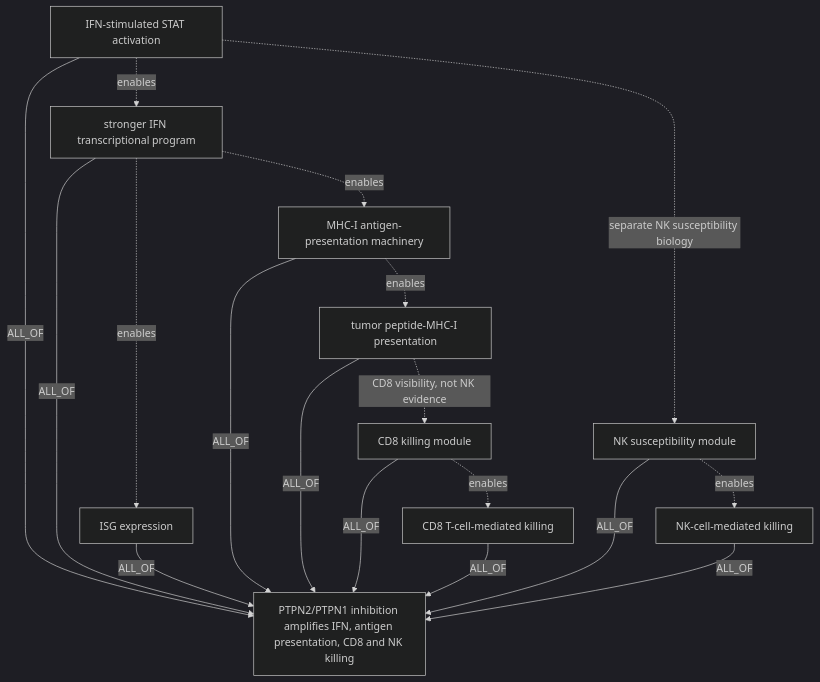
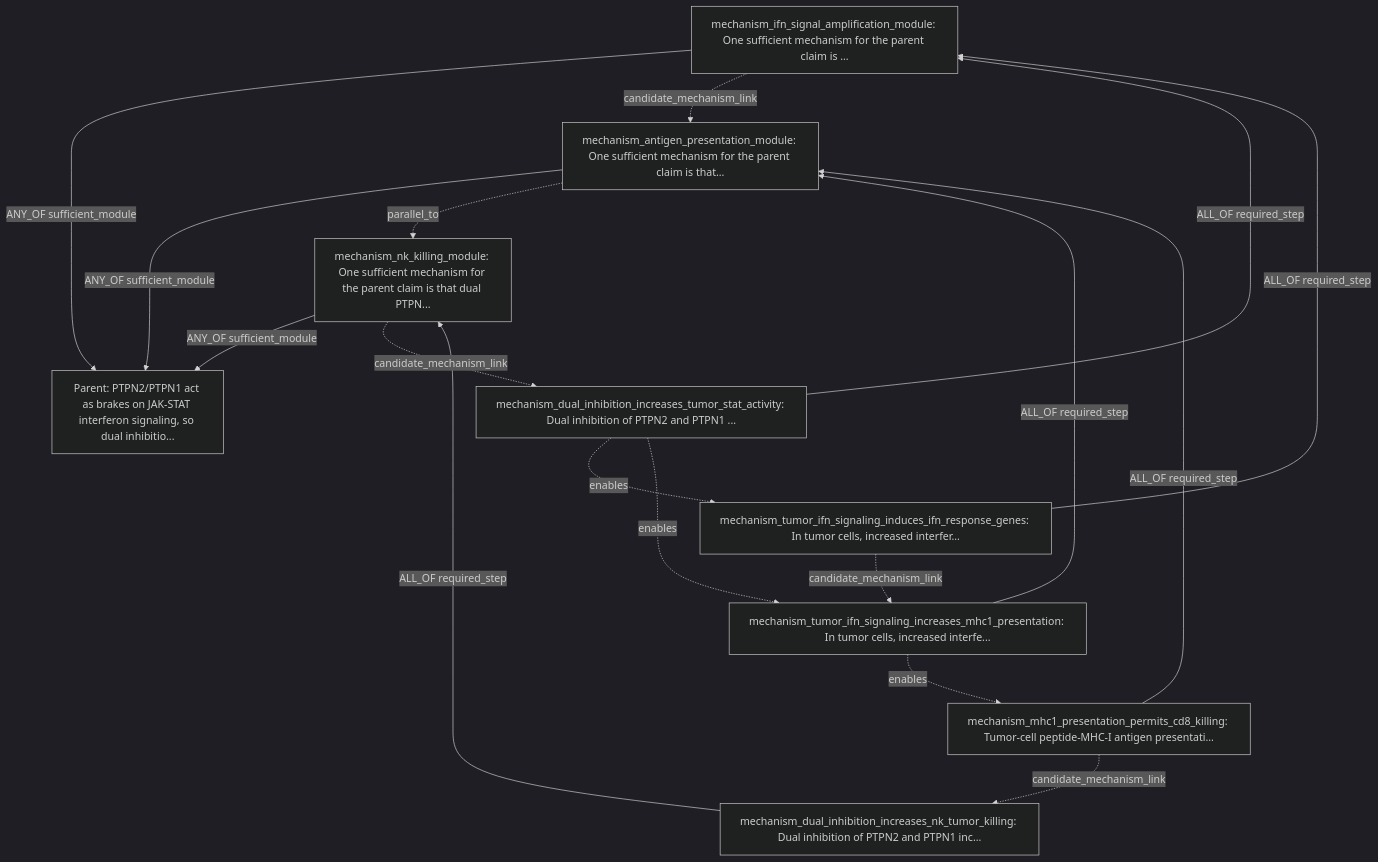
One commit to eliannaqk/bioKG changed the third of 12 diagrams in LLM_STEP0_CANDIDATE_CLAIM_DAG_EXAMPLES_20260602.md. Above: the diagram before and after it, drawn with Mermaid (dark theme). The commit also changed other lines of this file, not shown here.

Commit message:
Update live Step0 claim DAG examples

````diff
--- a/LLM_STEP0_CANDIDATE_CLAIM_DAG_EXAMPLES_20260602.md
+++ b/LLM_STEP0_CANDIDATE_CLAIM_DAG_EXAMPLES_20260602.md
@@ -168,32 +297,30 @@
 ```mermaid
 flowchart TD
-  P["PTPN2/PTPN1 inhibition amplifies IFN, antigen presentation, CD8 and NK killing"]
-  J["IFN-stimulated STAT activation"]
-  I["stronger IFN transcriptional program"]
-  G["ISG expression"]
-  AP["MHC-I antigen-presentation machinery"]
-  MHC["tumor peptide-MHC-I presentation"]
-  CD8M["CD8 killing module"]
-  CD8["CD8 T-cell-mediated killing"]
-  NKM["NK susceptibility module"]
-  NK["NK-cell-mediated killing"]
+  P["Parent: PTPN2/PTPN1 act as brakes on JAK-STAT interferon signaling, so dual inhibitio..."]
+  N1["mechanism_ifn_signal_amplification_module: One sufficient mechanism for the parent claim is ..."]
+  N2["mechanism_antigen_presentation_module: One sufficient mechanism for the parent claim is that..."]
+  N3["mechanism_nk_killing_module: One sufficient mechanism for the parent claim is that dual PTPN..."]
+  N4["mechanism_dual_inhibition_increases_tumor_stat_activity: Dual inhibition of PTPN2 and PTPN1 ..."]
+  N5["mechanism_tumor_ifn_signaling_induces_ifn_response_genes: In tumor cells, increased interfer..."]
+  N6["mechanism_tumor_ifn_signaling_increases_mhc1_presentation: In tumor cells, increased interfe..."]
+  N7["mechanism_mhc1_presentation_permits_cd8_killing: Tumor-cell peptide-MHC-I antigen presentati..."]
+  N8["mechanism_dual_inhibition_increases_nk_tumor_killing: Dual inhibition of PTPN2 and PTPN1 inc..."]
 
-  J -- "ALL_OF" --> P
-  I -- "ALL_OF" --> P
-  G -- "ALL_OF" --> P
-  AP -- "ALL_OF" --> P
-  MHC -- "ALL_OF" --> P
-  CD8M -- "ALL_OF" --> P
-  CD8 -- "ALL_OF" --> P
-  NKM -- "ALL_OF" --> P
-  NK -- "ALL_OF" --> P
+  N1 -- "ANY_OF sufficient_module" --> P
+  N2 -- "ANY_OF sufficient_module" --> P
+  N3 -- "ANY_OF sufficient_module" --> P
+  N4 -- "ALL_OF required_step" --> N1
+  N5 -- "ALL_OF required_step" --> N1
+  N6 -- "ALL_OF required_step" --> N2
+  N7 -- "ALL_OF required_step" --> N2
+  N8 -- "ALL_OF required_step" --> N3
 
-  J -. "enables" .-> I
-  I -. "enables" .-> G
-  I -. "enables" .-> AP
-  AP -. "enables" .-> MHC
-  MHC -. "CD8 visibility, not NK evidence" .-> CD8M
-  CD8M -. "enables" .-> CD8
-  J -. "separate NK susceptibility biology" .-> NKM
-  NKM -. "enables" .-> NK
+  N4 -. "enables" .-> N5
+  N4 -. "enables" .-> N6
+  N6 -. "enables" .-> N7
+  N2 -. "parallel_to" .-> N3
+  N1 -. "candidate_mechanism_link" .-> N2
+  N3 -. "candidate_mechanism_link" .-> N4
+  N5 -. "candidate_mechanism_link" .-> N6
+  N7 -. "candidate_mechanism_link" .-> N8
 ```
````
